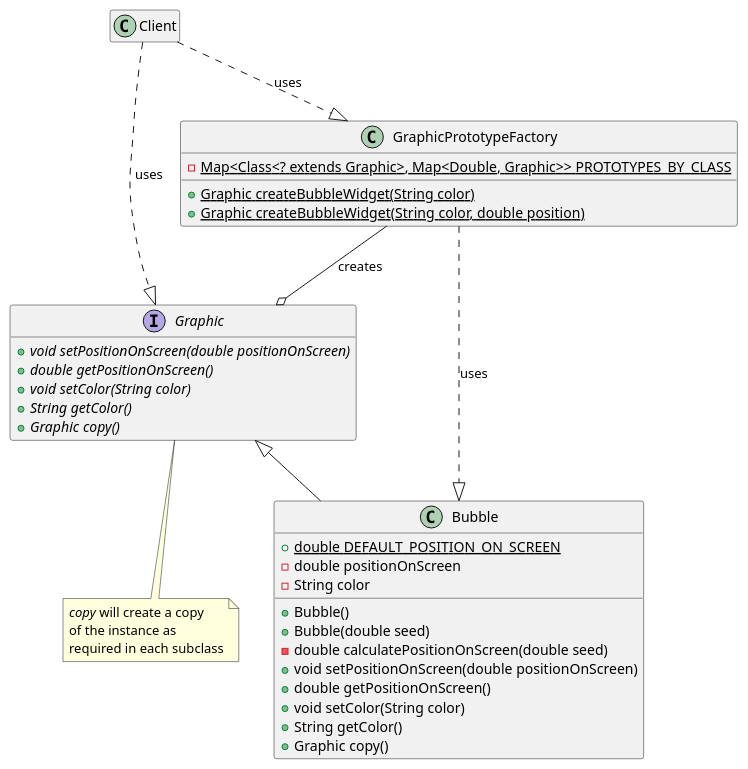
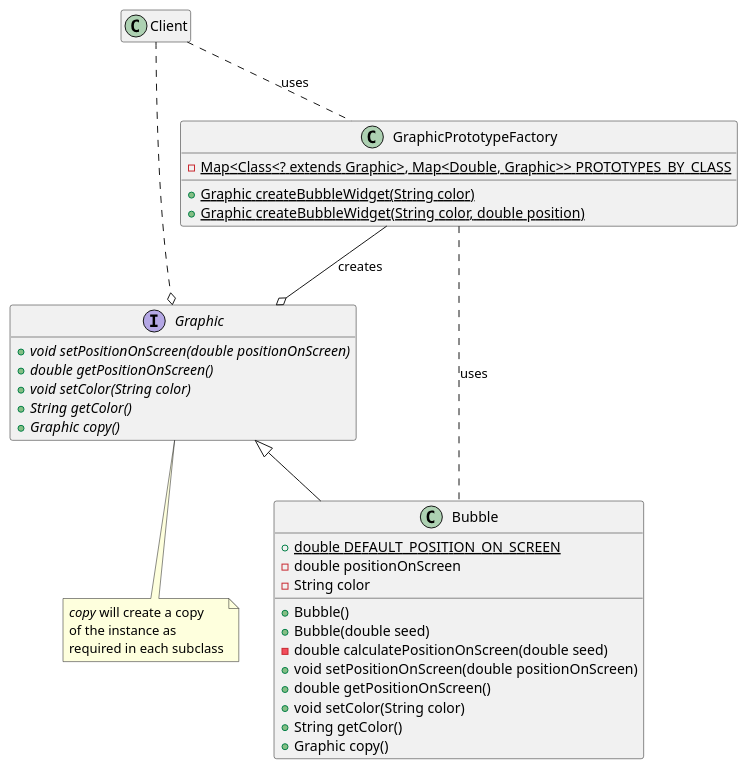
Before and after one commit to lealceldeiro/gems: the diagram in DesignPatternsElementsOfReusableObjectOrientesSoftware/Chapter03/Prototype/PrototypePattern.puml, drawn with PlantUML.

Commit message:
Update plantuml for code class design

```diff
--- a/DesignPatternsElementsOfReusableObjectOrientesSoftware/Chapter03/Prototype/PrototypePattern.puml
+++ b/DesignPatternsElementsOfReusableObjectOrientesSoftware/Chapter03/Prototype/PrototypePattern.puml
@@ -1,43 +1,43 @@
 @startuml
 
 interface Graphic {
     + {abstract} void setPositionOnScreen(double positionOnScreen)
     + {abstract} double getPositionOnScreen()
     + {abstract} void setColor(String color)
     + {abstract} String getColor()
     + {abstract} Graphic copy()
 }
 note bottom of Graphic : <i>copy</i> will create a copy\nof the instance as\nrequired in each subclass
 
 class Bubble extends Graphic {
     + {static} double DEFAULT_POSITION_ON_SCREEN
     - double positionOnScreen
     - String color
 
     + Bubble()
     + Bubble(double seed)
     - double calculatePositionOnScreen(double seed)
     + void setPositionOnScreen(double positionOnScreen)
     + double getPositionOnScreen()
     + void setColor(String color)
     + String getColor()
     + Graphic copy()
 }
 
 class GraphicPrototypeFactory {
     - {static} Map<Class<? extends Graphic>, Map<Double, Graphic>> PROTOTYPES_BY_CLASS
 
     + {static} Graphic createBubbleWidget(String color)
     + {static} Graphic createBubbleWidget(String color, double position)
 }
 
 GraphicPrototypeFactory --o Graphic : creates
-GraphicPrototypeFactory ..|> Bubble : uses
+GraphicPrototypeFactory .. Bubble : uses
 
 class Client
 
-Client ..|> Graphic : uses
-Client ..|> GraphicPrototypeFactory : uses
+Client ..o Graphic
+Client .. GraphicPrototypeFactory : uses
 
 hide empty members
 @enduml
```
